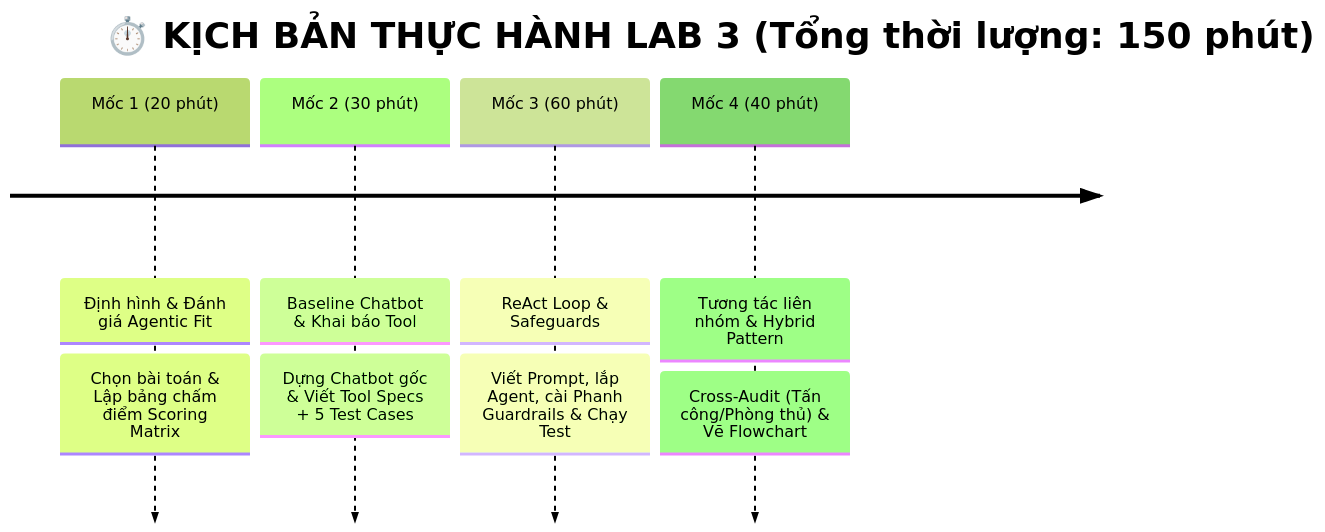
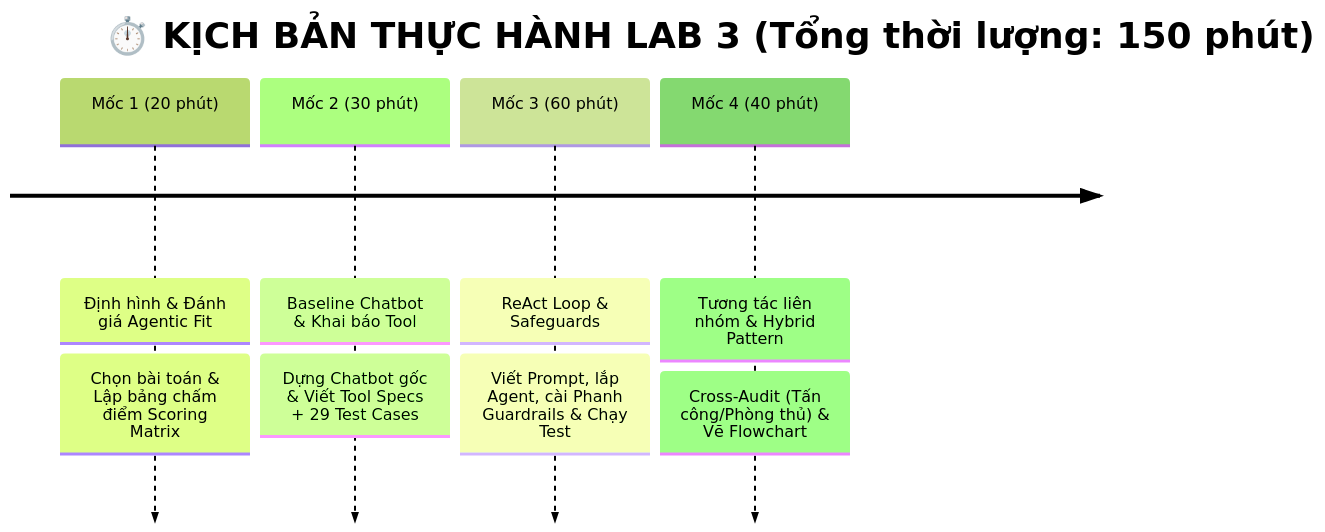
The diagram in README.md (VuVanPhong123/K3-Day03-C5-2-E403), drawn with Mermaid (forest theme) before and after one commit. The commit also changed other lines of this file and 3 other files, not shown here.

````diff
--- a/README.md
+++ b/README.md
@@ -60,8 +60,8 @@
 ```mermaid
 timeline
     title ⏱️ KỊCH BẢN THỰC HÀNH LAB 3 (Tổng thời lượng: 150 phút)
     Mốc 1 (20 phút) : Định hình & Đánh giá Agentic Fit : Chọn bài toán & Lập bảng chấm điểm Scoring Matrix
-    Mốc 2 (30 phút) : Baseline Chatbot & Khai báo Tool : Dựng Chatbot gốc & Viết Tool Specs + 5 Test Cases
+    Mốc 2 (30 phút) : Baseline Chatbot & Khai báo Tool : Dựng Chatbot gốc & Viết Tool Specs + 29 Test Cases
     Mốc 3 (60 phút) : ReAct Loop & Safeguards : Viết Prompt, lắp Agent, cài Phanh Guardrails & Chạy Test
     Mốc 4 (40 phút) : Tương tác liên nhóm & Hybrid Pattern : Cross-Audit (Tấn công/Phòng thủ) & Vẽ Flowchart
 ```
````
